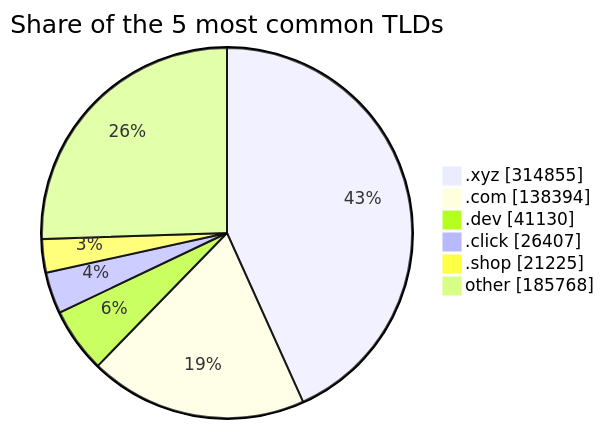
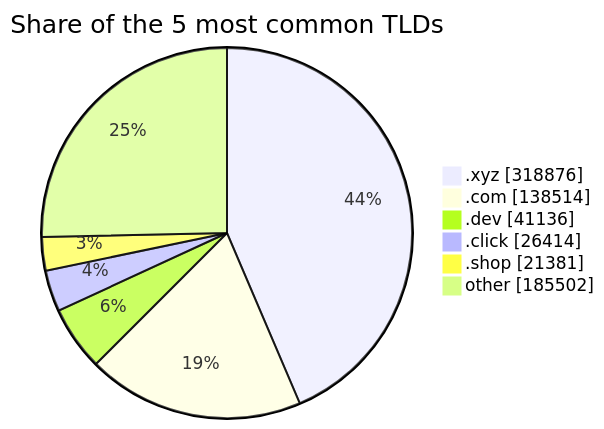
The third of 3 diagrams in README.md (DNSBunker/CTI), drawn with Mermaid before and after one commit. The commit also changed other lines of this file and 3 other files, not shown here.

````diff
--- a/README.md
+++ b/README.md
@@ -81,9 +81,9 @@
 ```mermaid
 pie showData title Share of the 5 most common TLDs
-    ".xyz" : 314855
-    ".com" : 138394
-    ".dev" : 41130
-    ".click" : 26407
-    ".shop" : 21225
-    "other" : 185768
+    ".xyz" : 318876
+    ".com" : 138514
+    ".dev" : 41136
+    ".click" : 26414
+    ".shop" : 21381
+    "other" : 185502
 ```
````
